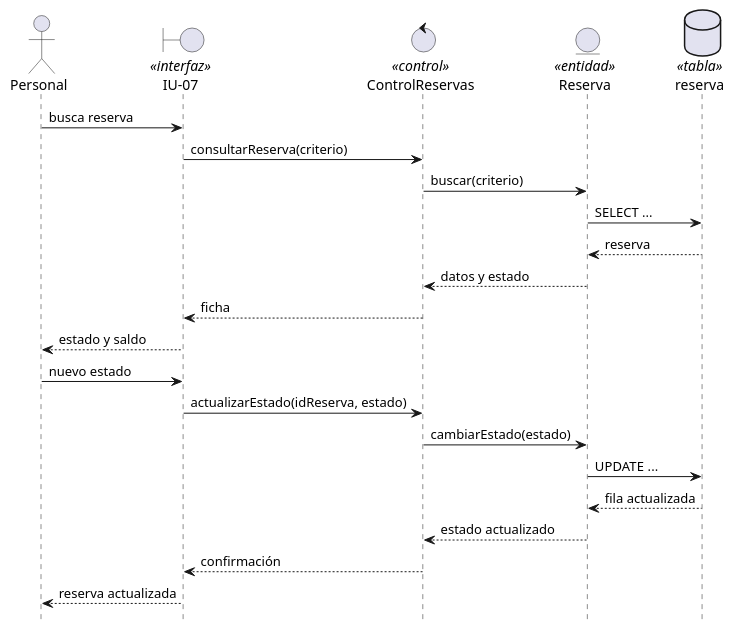
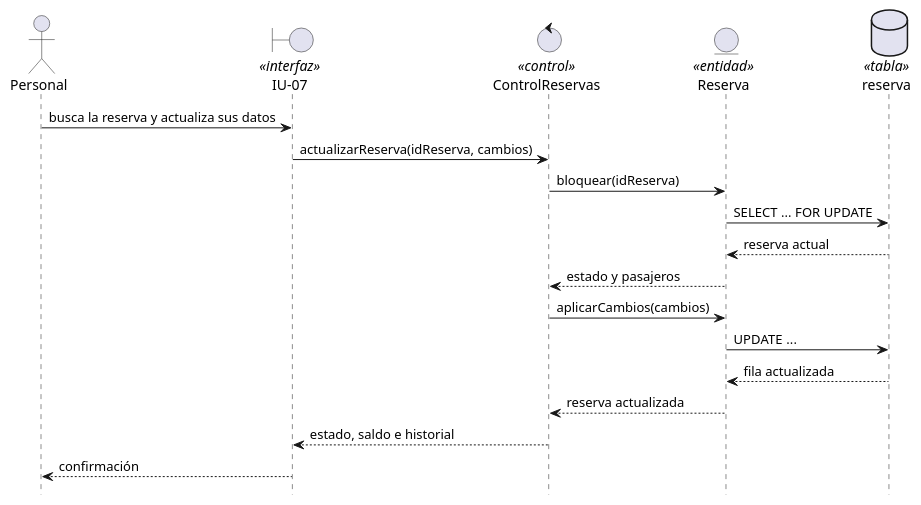
One commit to fervflow/sis-inf3-proyecto-formativo changed the diagram in diagramas/fuentes/uml/secuencia-light/hu-07-actualizar-reserva.puml. Above: the diagram before and after it, drawn with PlantUML. The commit also changed 32 other files, not shown here.

Commit message:
refactor: diagramas de secuencia, HU orientado a turistas agregado

```diff
--- a/diagramas/fuentes/uml/secuencia-light/hu-07-actualizar-reserva.puml
+++ b/diagramas/fuentes/uml/secuencia-light/hu-07-actualizar-reserva.puml
@@ -1,28 +1,23 @@
 @startuml
-' HU-07 · Seguimiento de reservas (versión ligera)
+' HU-07 · Seguimiento y actualización de reservas (versión ligera)
 hide footbox
 
 actor "Personal" as PER
 boundary "IU-07" as UI <<interfaz>>
 control "ControlReservas" as CTRL <<control>>
 entity "Reserva" as E_RESERVA <<entidad>>
 database "reserva" as T_RESERVA <<tabla>>
 
-PER -> UI : busca reserva
-UI -> CTRL : consultarReserva(criterio)
-CTRL -> E_RESERVA : buscar(criterio)
-E_RESERVA -> T_RESERVA : SELECT ...
-T_RESERVA --> E_RESERVA : reserva
-E_RESERVA --> CTRL : datos y estado
-CTRL --> UI : ficha
-UI --> PER : estado y saldo
-
-PER -> UI : nuevo estado
-UI -> CTRL : actualizarEstado(idReserva, estado)
-CTRL -> E_RESERVA : cambiarEstado(estado)
+PER -> UI : busca la reserva y actualiza sus datos
+UI -> CTRL : actualizarReserva(idReserva, cambios)
+CTRL -> E_RESERVA : bloquear(idReserva)
+E_RESERVA -> T_RESERVA : SELECT ... FOR UPDATE
+T_RESERVA --> E_RESERVA : reserva actual
+E_RESERVA --> CTRL : estado y pasajeros
+CTRL -> E_RESERVA : aplicarCambios(cambios)
 E_RESERVA -> T_RESERVA : UPDATE ...
 T_RESERVA --> E_RESERVA : fila actualizada
-E_RESERVA --> CTRL : estado actualizado
-CTRL --> UI : confirmación
-UI --> PER : reserva actualizada
+E_RESERVA --> CTRL : reserva actualizada
+CTRL --> UI : estado, saldo e historial
+UI --> PER : confirmación
 @enduml
```
